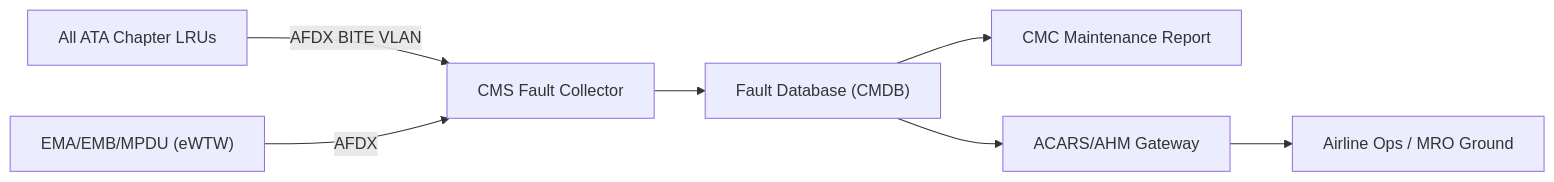
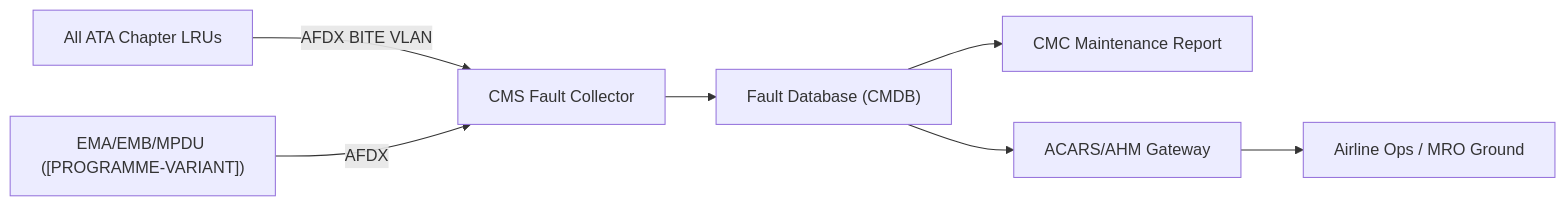
One commit to AmedeoPelliccia/Qplus-For-All-Queer-People-and-Quantum changed the second of 3 diagrams in Q+ATLANTIDE/000-099_ATLAS/040-049_Avionica-Informacion-y-APU/045_Central-Maintenance-System/045-000-Central-Maintenance-System-General.md. Above: the diagram before and after it, drawn with Mermaid. The commit also changed other lines of this file and 676 other files, not shown here.

First line of the commit message:
feat: de-programmatize all ATLAS standard files — remove AMPEL360E/eWTW programme content

````diff
--- a/Q+ATLANTIDE/000-099_ATLAS/040-049_Avionica-Informacion-y-APU/045_Central-Maintenance-System/045-000-Central-Maintenance-System-General.md
+++ b/Q+ATLANTIDE/000-099_ATLAS/040-049_Avionica-Informacion-y-APU/045_Central-Maintenance-System/045-000-Central-Maintenance-System-General.md
@@ -113,9 +115,9 @@
 ```mermaid
 graph LR
     LRUs["All ATA Chapter LRUs"] -->|AFDX BITE VLAN| FC["CMS Fault Collector"]
-    EMA["EMA/EMB/MPDU (eWTW)"] -->|AFDX| FC
+    EMA["EMA/EMB/MPDU ([PROGRAMME-VARIANT])"] -->|AFDX| FC
     FC --> FDB["Fault Database (CMDB)"]
     FDB --> CMC["CMC Maintenance Report"]
     FDB --> ACARS["ACARS/AHM Gateway"]
     ACARS --> GND["Airline Ops / MRO Ground"]
 ```
````
